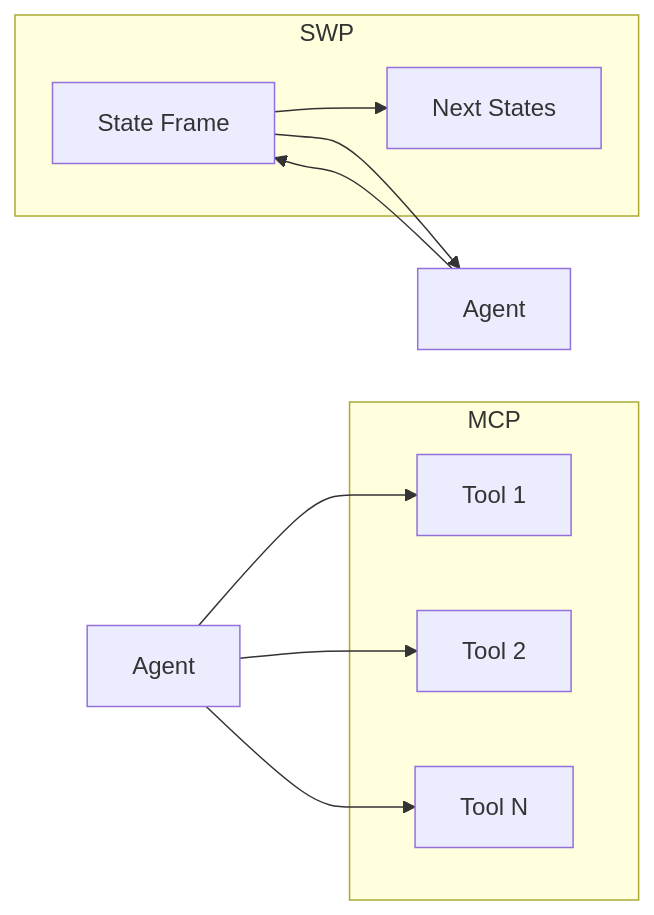
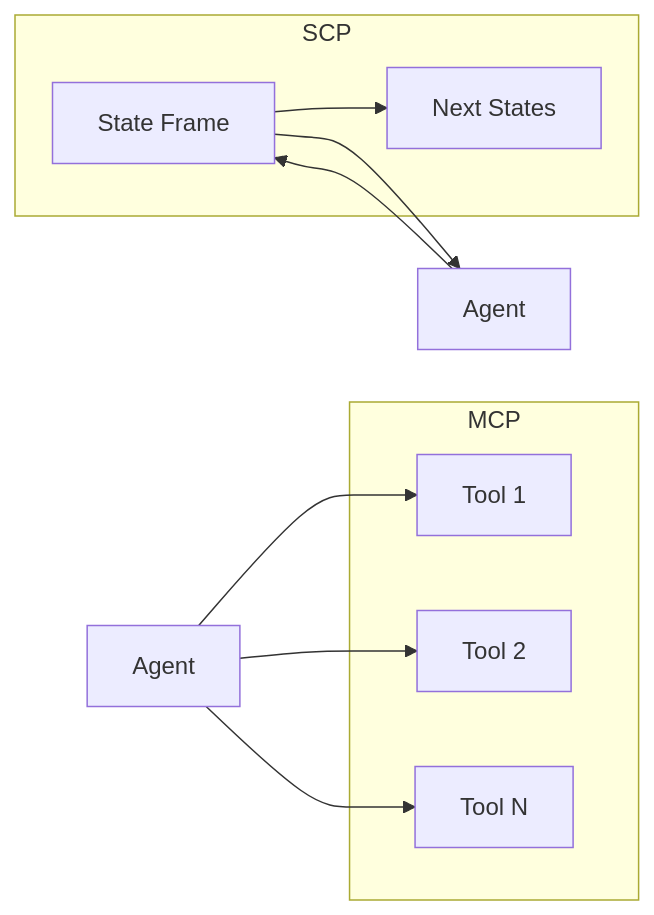
Before and after one commit to cybertheory/scp: the diagram in README.md, drawn with Mermaid. The commit also changed other lines of this file and 63 other files, not shown here.

First line of the commit message:
CLI schema and remote dynamic CLI: GET /runs/{id}/cli, hooks, docs, tests

````diff
--- a/README.md
+++ b/README.md
@@ -5,18 +5,18 @@
 ```mermaid
 flowchart LR
     subgraph MCP["MCP"]
         T[Tool 1]
         U[Tool 2]
         V[Tool N]
     end
     A[Agent] --> T
     A --> U
     A --> V
 
-    subgraph SWP["SWP"]
+    subgraph SCP["SCP"]
         S[State Frame]
         S --> N[Next States]
     end
     B[Agent] --> S
     S --> B
 ```
````
